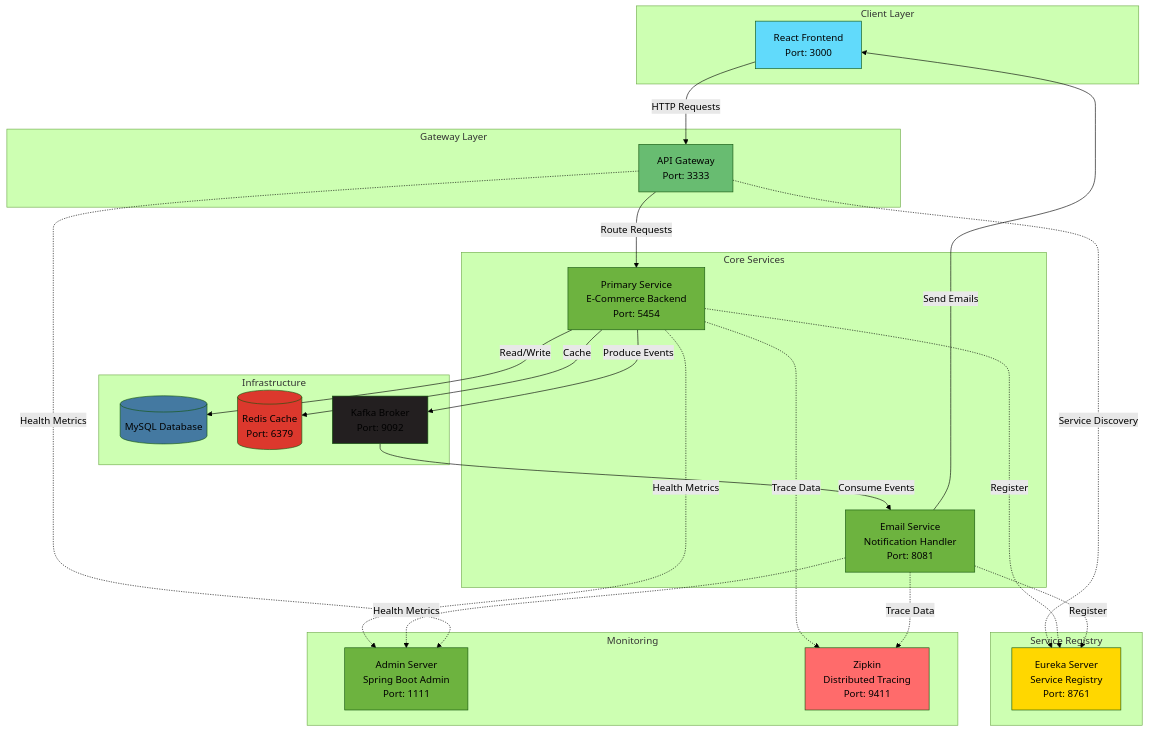
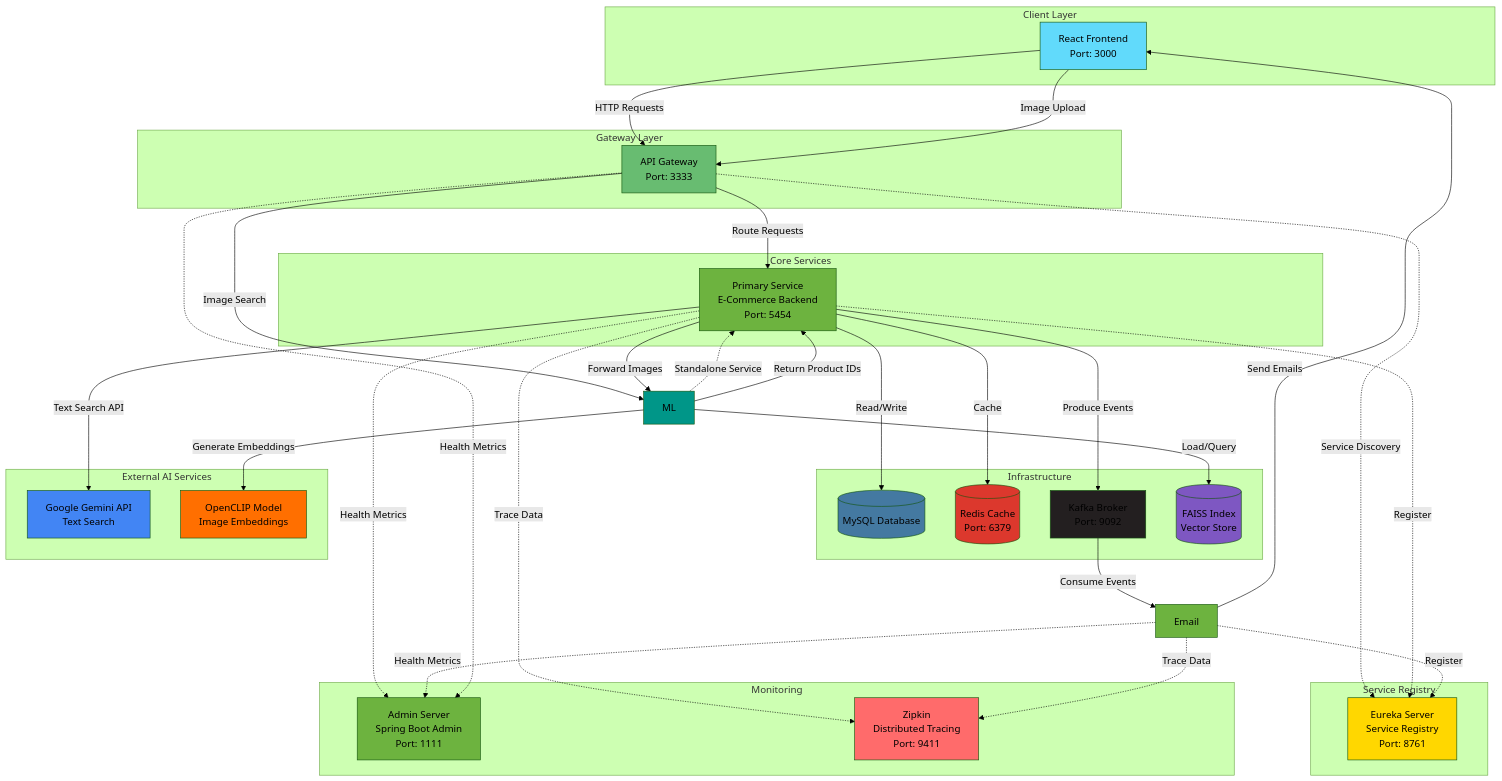
Before and after one commit to atharvajagtap112/IntelliShopy: the first of 9 diagrams in readme.md, drawn with Mermaid (forest theme). The commit also changed other lines of this file, not shown here.

````diff
--- a/readme.md
+++ b/readme.md
@@ -92,62 +92,81 @@
 ```mermaid
 graph TB
     subgraph "Client Layer"
-        Client[React Frontend<br/>Port: 3000]
+        Client[React Frontend<br/>Port:  3000]
     end
 
     subgraph "Gateway Layer"
         Gateway[API Gateway<br/>Port: 3333]
     end
 
     subgraph "Service Registry"
         Eureka[Eureka Server<br/>Service Registry<br/>Port: 8761]
     end
 
     subgraph "Core Services"
         Primary[Primary Service<br/>E-Commerce Backend<br/>Port: 5454]
-        Email[Email Service<br/>Notification Handler<br/>Port: 8081]
+        
     end
 
     subgraph "Infrastructure"
         MySQL[(MySQL Database)]
         Redis[(Redis Cache<br/>Port: 6379)]
         Kafka[Kafka Broker<br/>Port: 9092]
+        FAISS[(FAISS Index<br/>Vector Store)]
+    end
+
+    subgraph "External AI Services"
+        Gemini[Google Gemini API<br/>Text Search]
+        CLIP[OpenCLIP Model<br/>Image Embeddings]
     end
 
     subgraph "Monitoring"
         Admin[Admin Server<br/>Spring Boot Admin<br/>Port: 1111]
         Zipkin[Zipkin<br/>Distributed Tracing<br/>Port: 9411]
     end
 
     Client -->|HTTP Requests| Gateway
+    Client -->|Image Upload| Gateway
     Gateway -->|Route Requests| Primary
+    Gateway -->|Image Search| ML
     Gateway -.->|Service Discovery| Eureka
     
     Primary -.->|Register| Eureka
     Email -.->|Register| Eureka
+    ML -.->|Standalone Service| Primary
     
     Primary -->|Read/Write| MySQL
     Primary -->|Cache| Redis
     Primary -->|Produce Events| Kafka
+    Primary -->|Text Search API| Gemini
+    Primary -->|Forward Images| ML
+    
+    ML -->|Load/Query| FAISS
+    ML -->|Generate Embeddings| CLIP
+    ML -->|Return Product IDs| Primary
     
     Kafka -->|Consume Events| Email
     Email -->|Send Emails| Client
     
     Primary -.->|Health Metrics| Admin
     Email -.->|Health Metrics| Admin
     Gateway -.->|Health Metrics| Admin
     
     Primary -.->|Trace Data| Zipkin
     Email -.->|Trace Data| Zipkin
 
     style Client fill:#61DAFB
     style Gateway fill:#68BC71
     style Eureka fill:#FFD700
     style Primary fill:#6DB33F
     style Email fill:#6DB33F
+    style ML fill:#009688
     style Kafka fill:#231F20
     style MySQL fill:#4479A1
     style Redis fill:#DC382D
+    style FAISS fill:#7E57C2
+    style Gemini fill:#4285F4
+    style CLIP fill:#FF6F00
     style Admin fill:#6DB33F
     style Zipkin fill:#FF6B6B
 ```
````
